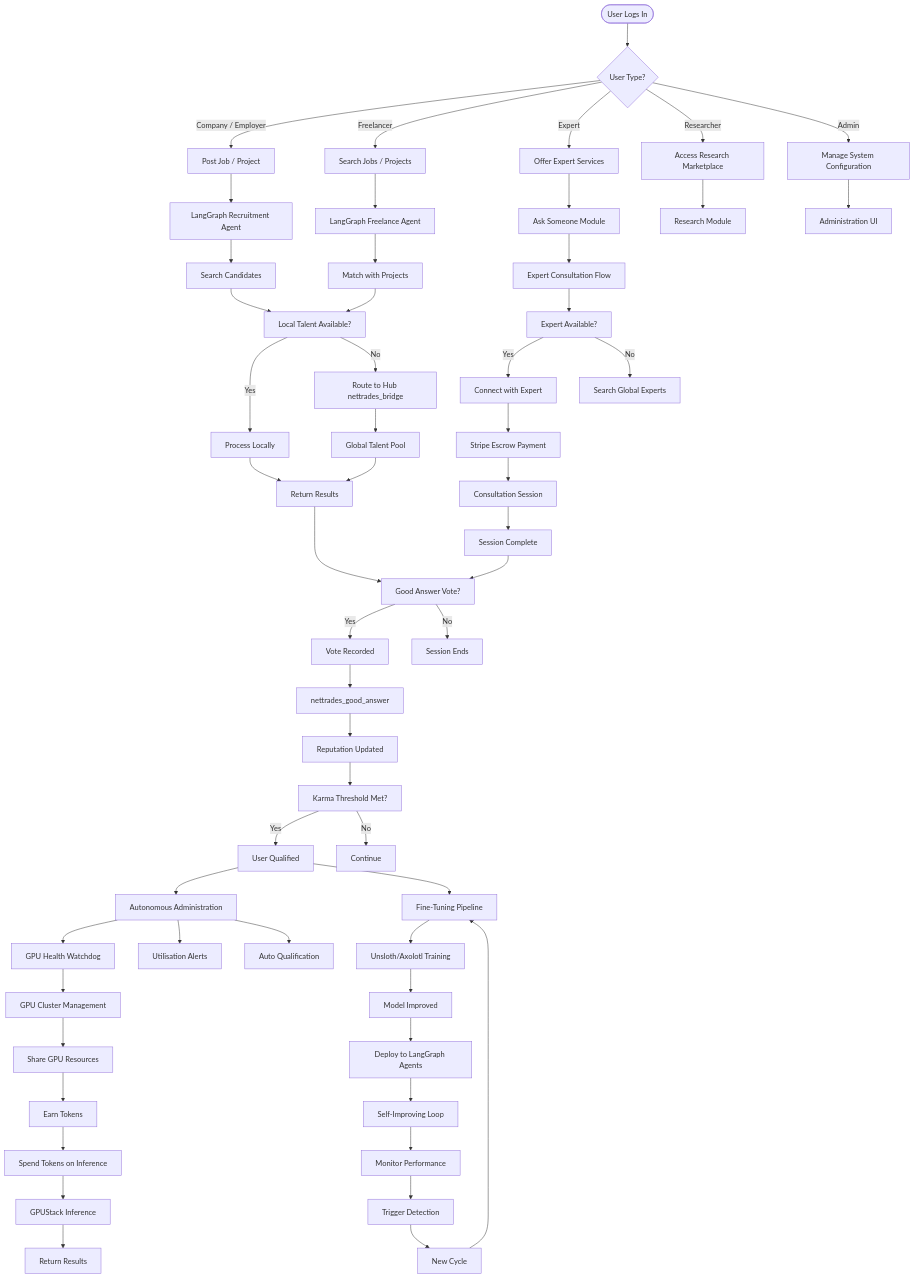
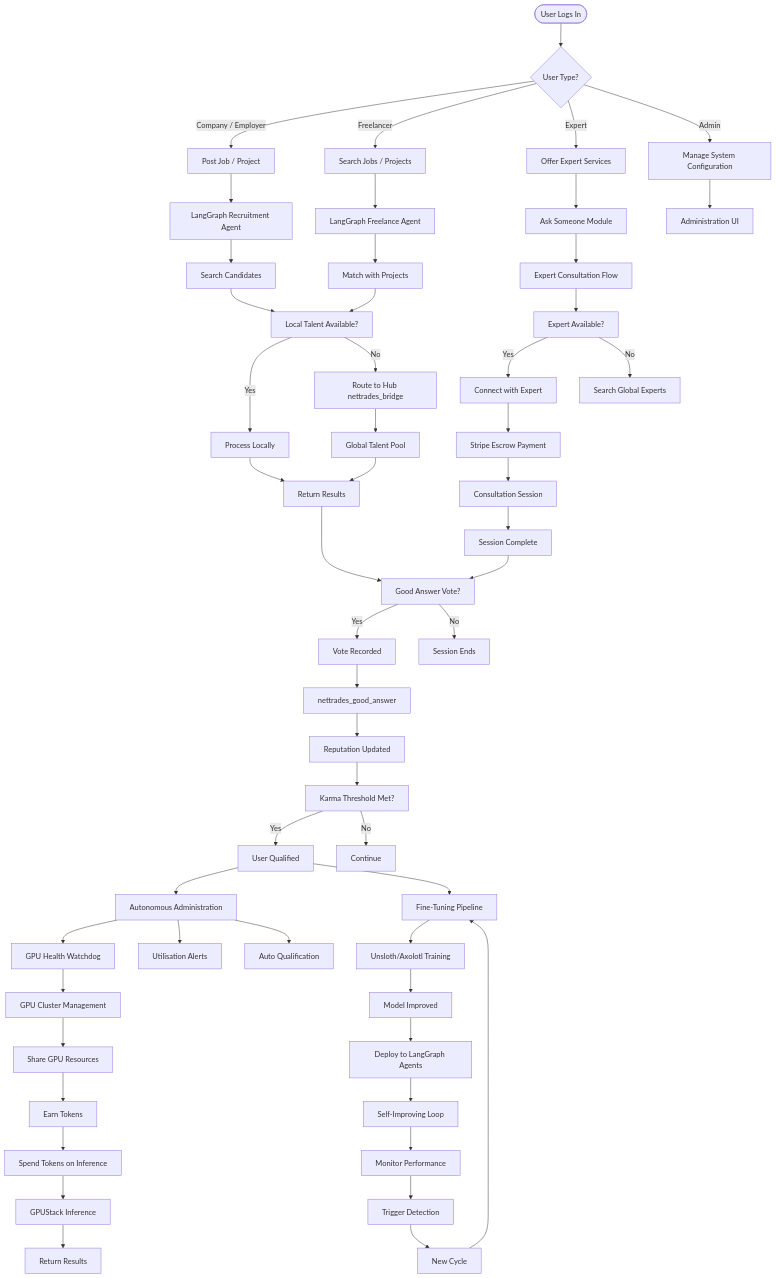
One commit to nettrades/nettrades-platform changed the seventh of 17 diagrams in README.md. Above: the diagram before and after it, drawn with Mermaid. The commit also changed other lines of this file, not shown here.

````diff
--- a/README.md
+++ b/README.md
@@ -1053,73 +1052,71 @@
 ```mermaid
 graph TD
     START([User Logs In]) --> A{User Type?}
 
     A -->|Company / Employer| B[Post Job / Project]
     A -->|Freelancer| C[Search Jobs / Projects]
     A -->|Expert| D[Offer Expert Services]
-    A -->|Researcher| E[Access Research Marketplace]
     A -->|Admin| F[Manage System Configuration]
 
     B --> G[LangGraph Recruitment Agent]
     C --> H[LangGraph Freelance Agent]
     D --> I[Ask Someone Module]
-    E --> J[Research Module]
     F --> K[Administration UI]
 
     G --> L[Search Candidates]
     H --> M[Match with Projects]
     I --> N[Expert Consultation Flow]
 
     L --> O[Local Talent Available?]
     M --> O
     N --> P[Expert Available?]
 
     O -->|Yes| Q[Process Locally]
     O -->|No| R[Route to Hub nettrades_bridge]
 
     P -->|Yes| S[Connect with Expert]
     P -->|No| T[Search Global Experts]
 
     S --> U[Stripe Escrow Payment]
     U --> V[Consultation Session]
     V --> W[Session Complete]
 
     Q --> X[Return Results]
     R --> Y[Global Talent Pool]
     Y --> X
 
     W --> Z[Good Answer Vote?]
     X --> Z
     Z -->|Yes| AA[Vote Recorded]
     Z -->|No| AB[Session Ends]
 
     AA --> AC[nettrades_good_answer]
     AC --> AD[Reputation Updated]
     AD --> AE[Karma Threshold Met?]
     AE -->|Yes| AF[User Qualified]
     AE -->|No| AG[Continue]
 
     AF --> AH[Autonomous Administration]
     AH --> AI[GPU Health Watchdog]
     AH --> AJ[Utilisation Alerts]
     AH --> AK[Auto Qualification]
 
     AI --> AL[GPU Cluster Management]
     AL --> AM[Share GPU Resources]
     AM --> AN[Earn Tokens]
 
     AN --> AO[Spend Tokens on Inference]
     AO --> AP[GPUStack Inference]
     AP --> AQ[Return Results]
 
     AF --> AR[Fine-Tuning Pipeline]
     AR --> AS[Unsloth/Axolotl Training]
     AS --> AT[Model Improved]
     AT --> AU[Deploy to LangGraph Agents]
 
     AU --> AV[Self-Improving Loop]
     AV --> AW[Monitor Performance]
     AW --> AX[Trigger Detection]
     AX --> AY[New Cycle]
     AY --> AR
 ```
````
